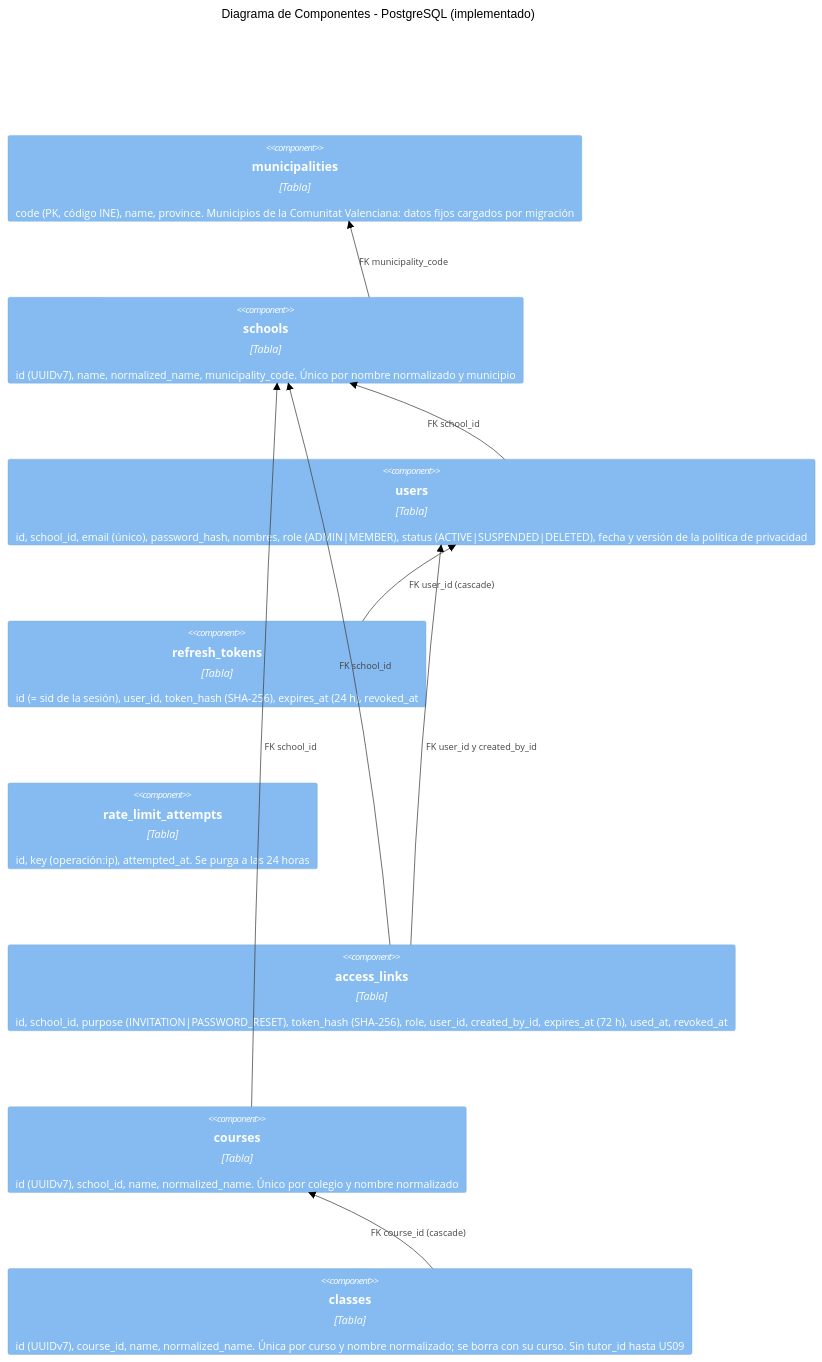
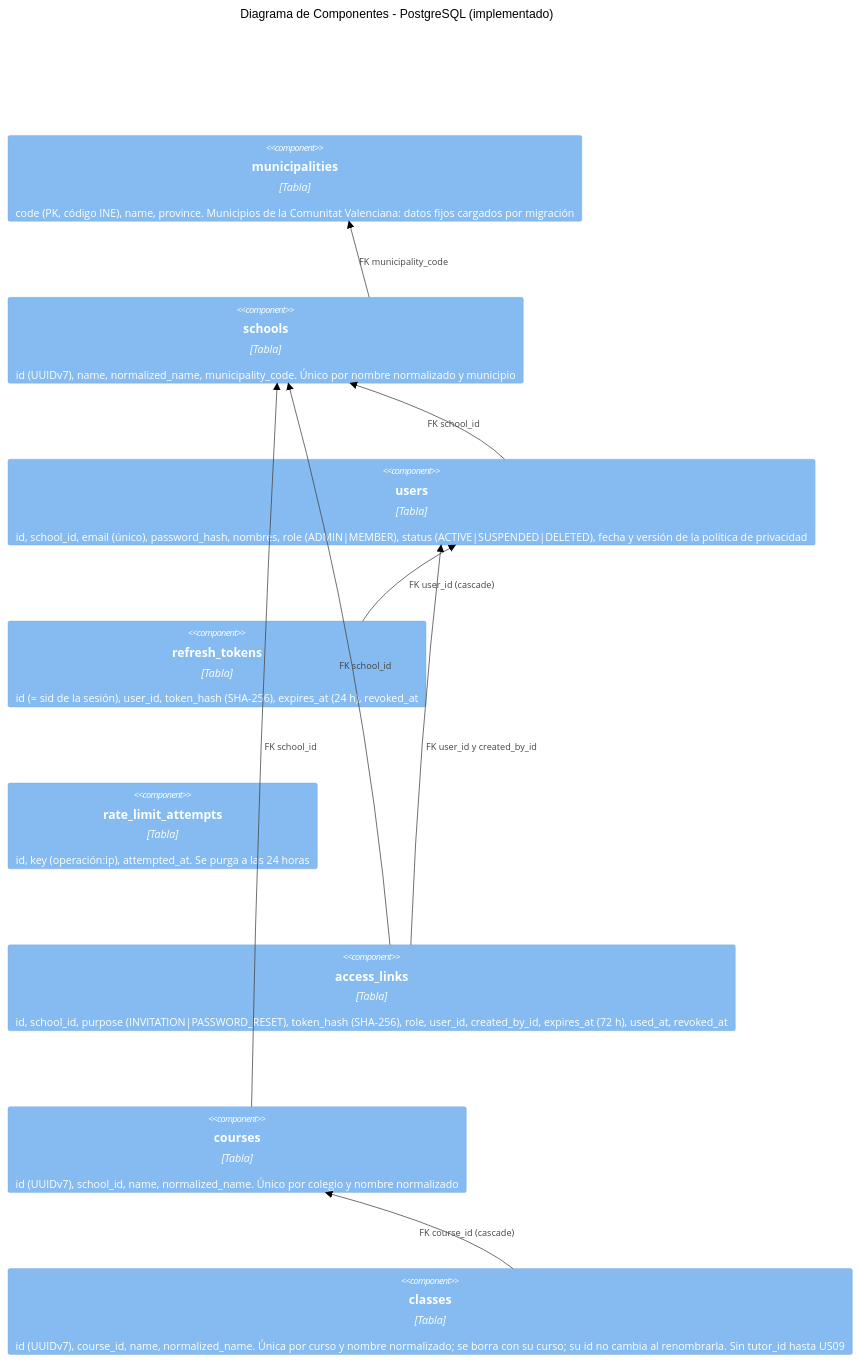
One commit to kiketon007/CalendarSchool changed the fifth of 14 diagrams in docs/arquitectura/DIAGRAMA_C4.md. Above: the diagram before and after it, drawn with Mermaid (forest theme). The commit also changed other lines of this file and 64 other files, not shown here.

````diff
--- a/docs/arquitectura/DIAGRAMA_C4.md
+++ b/docs/arquitectura/DIAGRAMA_C4.md
@@ -187,21 +187,21 @@
 ```mermaid
 C4Component
     title Diagrama de Componentes - PostgreSQL (implementado)
 
     Component(municipalities, "municipalities", "Tabla", "code (PK, código INE), name, province. Municipios de la Comunitat Valenciana: datos fijos cargados por migración")
     Component(schools, "schools", "Tabla", "id (UUIDv7), name, normalized_name, municipality_code. Único por nombre normalizado y municipio")
     Component(users, "users", "Tabla", "id, school_id, email (único), password_hash, nombres, role (ADMIN|MEMBER), status (ACTIVE|SUSPENDED|DELETED), fecha y versión de la política de privacidad")
     Component(refresh, "refresh_tokens", "Tabla", "id (= sid de la sesión), user_id, token_hash (SHA-256), expires_at (24 h), revoked_at")
     Component(attempts, "rate_limit_attempts", "Tabla", "id, key (operación:ip), attempted_at. Se purga a las 24 horas")
     Component(links, "access_links", "Tabla", "id, school_id, purpose (INVITATION|PASSWORD_RESET), token_hash (SHA-256), role, user_id, created_by_id, expires_at (72 h), used_at, revoked_at")
     Component(courses, "courses", "Tabla", "id (UUIDv7), school_id, name, normalized_name. Único por colegio y nombre normalizado")
-    Component(classes, "classes", "Tabla", "id (UUIDv7), course_id, name, normalized_name. Única por curso y nombre normalizado; se borra con su curso. Sin tutor_id hasta US09")
+    Component(classes, "classes", "Tabla", "id (UUIDv7), course_id, name, normalized_name. Única por curso y nombre normalizado; se borra con su curso; su id no cambia al renombrarla. Sin tutor_id hasta US09")
 
     Rel(schools, municipalities, "FK municipality_code")
     Rel(users, schools, "FK school_id")
     Rel(refresh, users, "FK user_id (cascade)")
     Rel(links, schools, "FK school_id")
     Rel(links, users, "FK user_id y created_by_id")
     Rel(courses, schools, "FK school_id")
     Rel(classes, courses, "FK course_id (cascade)")
 ```
````
